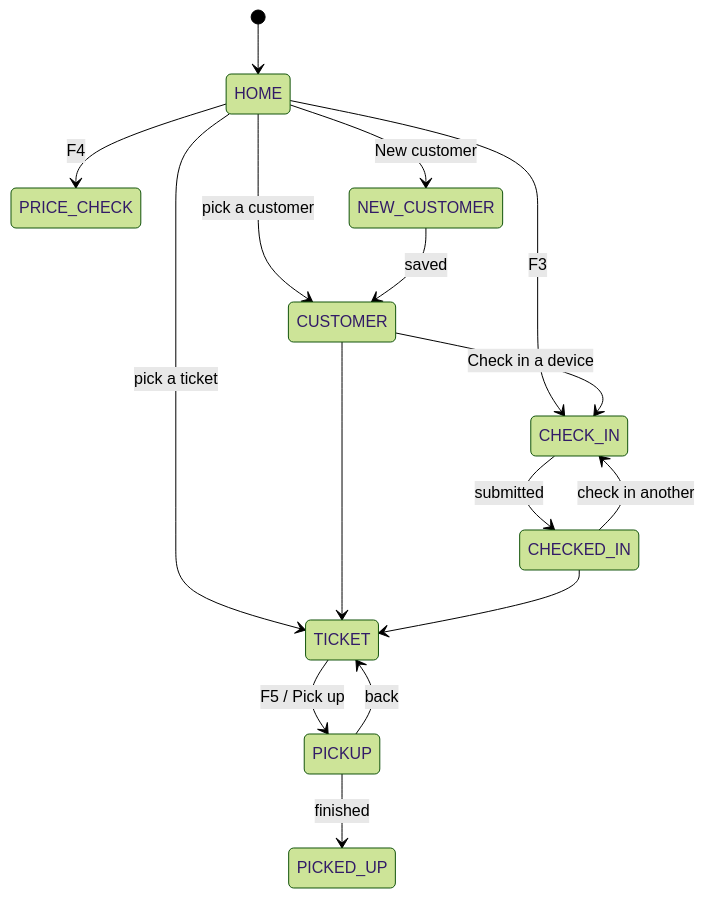
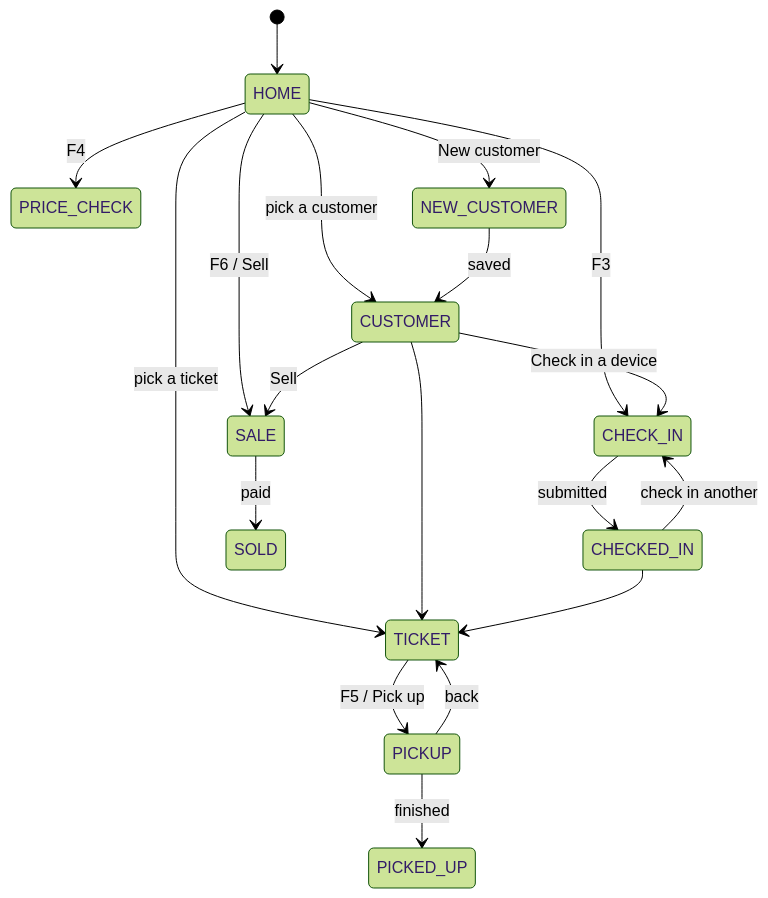
One commit to Mr0btain/TicketMan changed the diagram in docs/ui/screens/counter.md. Above: the diagram before and after it, drawn with Mermaid (forest theme). The commit also changed other lines of this file and 31 other files, not shown here.

````diff
--- a/docs/ui/screens/counter.md
+++ b/docs/ui/screens/counter.md
@@ -19,18 +19,21 @@
 ```mermaid
 stateDiagram-v2
     [*] --> HOME
     HOME --> TICKET: pick a ticket
     HOME --> CUSTOMER: pick a customer
     HOME --> PRICE_CHECK: F4
     HOME --> CHECK_IN: F3
     HOME --> NEW_CUSTOMER: New customer
     CUSTOMER --> TICKET
     CUSTOMER --> CHECK_IN: Check in a device
     CHECK_IN --> CHECKED_IN: submitted
     CHECKED_IN --> TICKET
     CHECKED_IN --> CHECK_IN: check in another
     NEW_CUSTOMER --> CUSTOMER: saved
     TICKET --> PICKUP: F5 / Pick up
     PICKUP --> TICKET: back
     PICKUP --> PICKED_UP: finished
+    HOME --> SALE: F6 / Sell
+    CUSTOMER --> SALE: Sell
+    SALE --> SOLD: paid
 ```
````
